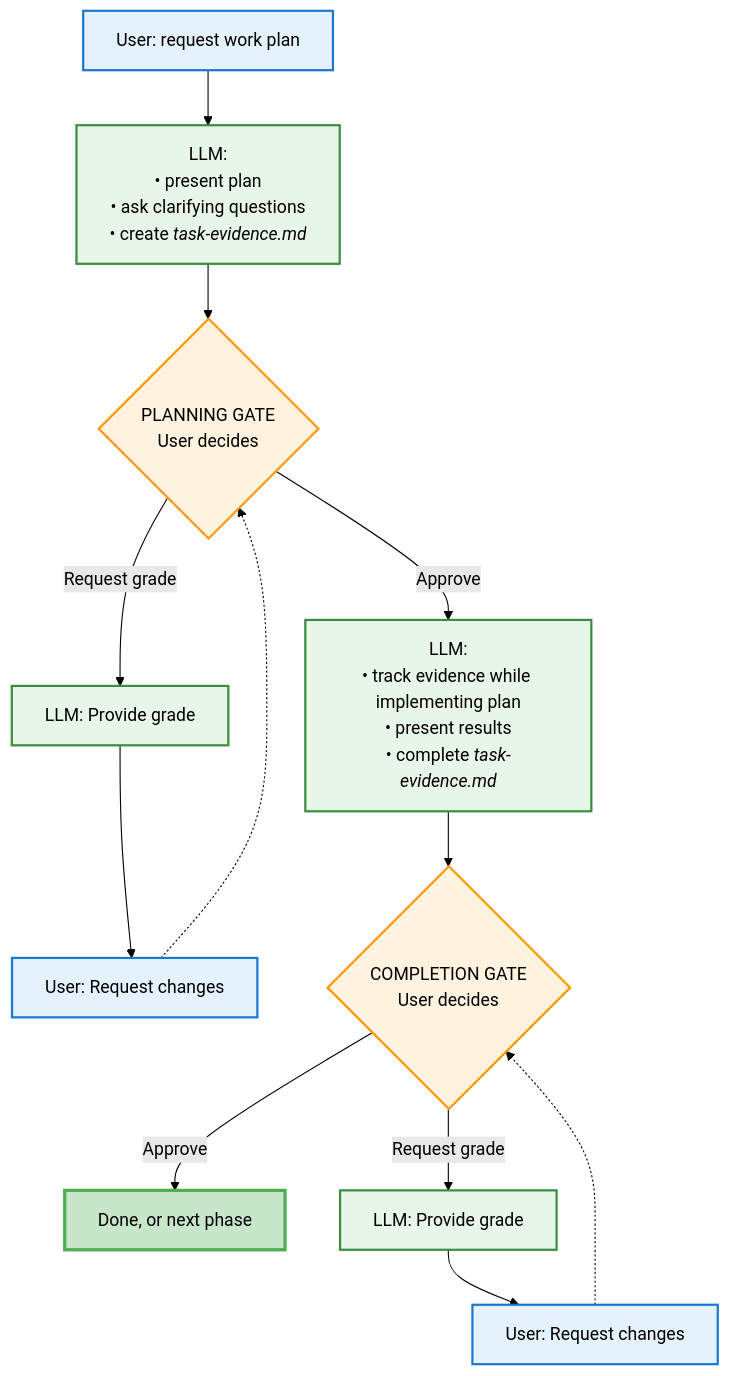
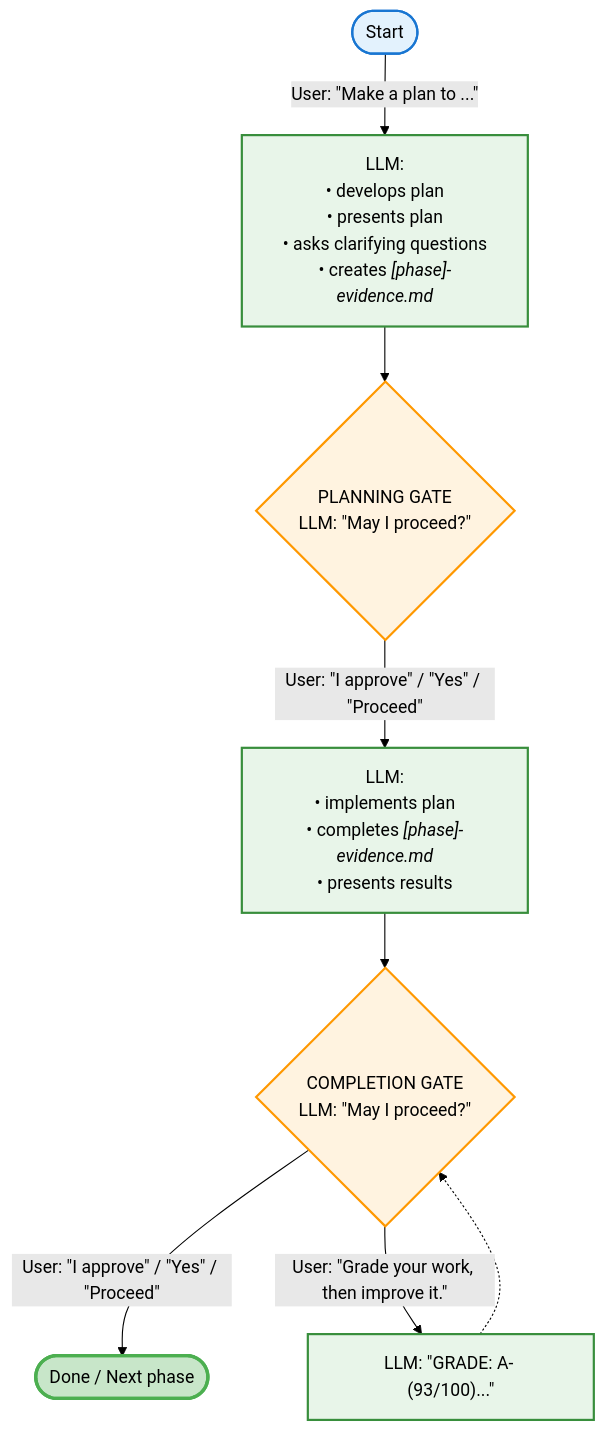
One commit to binaryphile/tandem-protocol changed the third of 3 diagrams in README.md. Above: the diagram before and after it, drawn with Mermaid (forest theme). The commit also changed other lines of this file, not shown here.

First line of the commit message:
Overhaul README diagrams and documentation

````diff
--- a/README.md
+++ b/README.md
@@ -203,25 +188,18 @@
 ```mermaid
 flowchart TD
-    START["User: request work plan"] --> P1["LLM:<br/>• present plan<br/>• ask clarifying questions<br/>• create <i>task-evidence.md</i>"]
-    P1 --> G1{"PLANNING GATE<br/>User decides"}
-    G1 -->|Approve| IMPL["LLM:<br/>• track evidence while implementing plan<br/>• present results<br/>• complete <i>task-evidence.md</i>"]
-    G1 -->|Request grade| GRADE1["LLM: Provide grade"]
-    GRADE1 --> IMP1["User: Request changes"]
-    IMP1 -.-> G1
-    IMPL --> G2{"COMPLETION GATE<br/>User decides"}
-    G2 -->|Approve| DONE["Done, or next phase"]
-    G2 -->|Request grade| GRADE2["LLM: Provide grade"]
-    GRADE2 --> IMP2["User: Request changes"]
-    IMP2 -.-> G2
+    START(["Start"]) -->|"User: &quot;Make a plan to ...&quot;"| P1["LLM:<br/>• develops plan<br/>• presents plan<br/>• asks clarifying questions<br/>• creates <i>[phase]-evidence.md</i>"]
+    P1 --> G1{"PLANNING GATE<br/>LLM: &quot;May I proceed?&quot;"}
+    G1 -->|"User: &quot;I approve&quot; / &quot;Yes&quot; / &quot;Proceed&quot;"| IMPL["LLM:<br/>• implements plan<br/>• completes <i>[phase]-evidence.md</i><br/>• presents results"]
+    IMPL --> G2{"COMPLETION GATE<br/>LLM: &quot;May I proceed?&quot;"}
+    G2 -->|"User: &quot;I approve&quot; / &quot;Yes&quot; / &quot;Proceed&quot;"| DONE(["Done / Next phase"])
+    G2 -->|"User: &quot;Grade your work, then improve it.&quot;"| GRADE["LLM: &quot;GRADE: A- (93/100)...&quot;"]
+    GRADE -.-> G2
 
     style START fill:#e3f2fd,stroke:#1976d2,stroke-width:2px
     style P1 fill:#e8f5e9,stroke:#388e3c,stroke-width:2px
     style IMPL fill:#e8f5e9,stroke:#388e3c,stroke-width:2px
-    style GRADE1 fill:#e8f5e9,stroke:#388e3c,stroke-width:2px
-    style GRADE2 fill:#e8f5e9,stroke:#388e3c,stroke-width:2px
-    style IMP1 fill:#e3f2fd,stroke:#1976d2,stroke-width:2px
-    style IMP2 fill:#e3f2fd,stroke:#1976d2,stroke-width:2px
+    style GRADE fill:#e8f5e9,stroke:#388e3c,stroke-width:2px
     style G1 fill:#fff3e0,stroke:#ff9800,stroke-width:2px
     style G2 fill:#fff3e0,stroke:#ff9800,stroke-width:2px
     style DONE fill:#c8e6c9,stroke:#4caf50,stroke-width:3px
 ```
````
